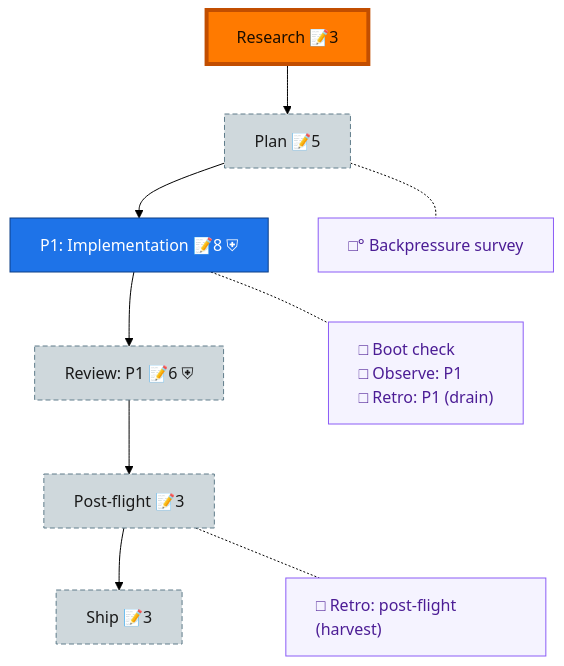
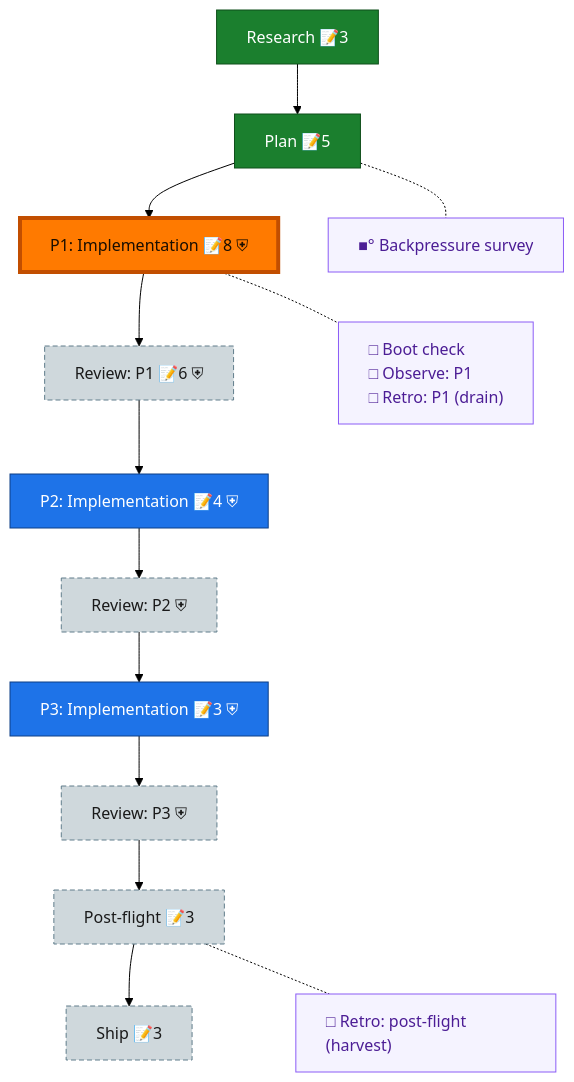
The diagram in docs/plans/082-harness-hooks/the-flow.md (AI-Substrate/harness-engineering), drawn with Mermaid (forest theme) before and after one commit. The commit also changed other lines of this file and 5 other files, not shown here.

````diff
--- a/docs/plans/082-harness-hooks/the-flow.md
+++ b/docs/plans/082-harness-hooks/the-flow.md
@@ -8,30 +8,34 @@
 ```mermaid
 flowchart TD
-    research["Research 📝3"]:::wip
-    plan["Plan 📝5"]:::assumed
+    research["Research 📝3"]:::done
+    plan["Plan 📝5"]:::done
     phase_1["P1: Implementation 📝8 ⛨"]:::known
     review_1["Review: P1 📝6 ⛨"]:::assumed
+    phase_2["P2: Implementation 📝4 ⛨"]:::known
+    review_2["Review: P2 ⛨"]:::assumed
+    phase_3["P3: Implementation 📝3 ⛨"]:::known
+    review_3["Review: P3 ⛨"]:::assumed
     post_flight["Post-flight 📝3"]:::assumed
     ship["Ship 📝3"]:::assumed
 
-    research --> plan --> phase_1 --> review_1 --> post_flight --> ship
+    research --> plan --> phase_1 --> review_1 --> phase_2 --> review_2 --> phase_3 --> review_3 --> post_flight --> ship
 
-    planC["□° Backpressure survey"]:::chore
+    planC["■° Backpressure survey"]:::chore
     phase_1C["□ Boot check<br/>□ Observe: P1<br/>□ Retro: P1 (drain)"]:::chore
     post_flightC["□ Retro: post-flight (harvest)"]:::chore
 
     %% invisible chain holds the gutter boxes in their own column
     planC ~~~ phase_1C ~~~ post_flightC
 
     %% dotted links pull each gutter box beside its node
     plan -.- planC
     phase_1 -.- phase_1C
     post_flight -.- post_flightC
 
-    classDef wip fill:#43C04A,stroke:#1B7F2E,color:#04210A;
+    classDef done fill:#1B7F2E,stroke:#0F4F1B,color:#fff;
     classDef known fill:#1E73E8,stroke:#0D3F86,color:#fff;
     classDef assumed fill:#CFD8DC,stroke:#607D8B,color:#1a1a1a,stroke-dasharray:5 3;
     classDef chore fill:#f5f3ff,stroke:#8b5cf6,color:#4c1d95,text-align:left;
     classDef current fill:#FF7A00,stroke:#C24E00,color:#1a0e00,stroke-width:4px;
-    class research current;
+    class phase_1 current;
 ```
````
